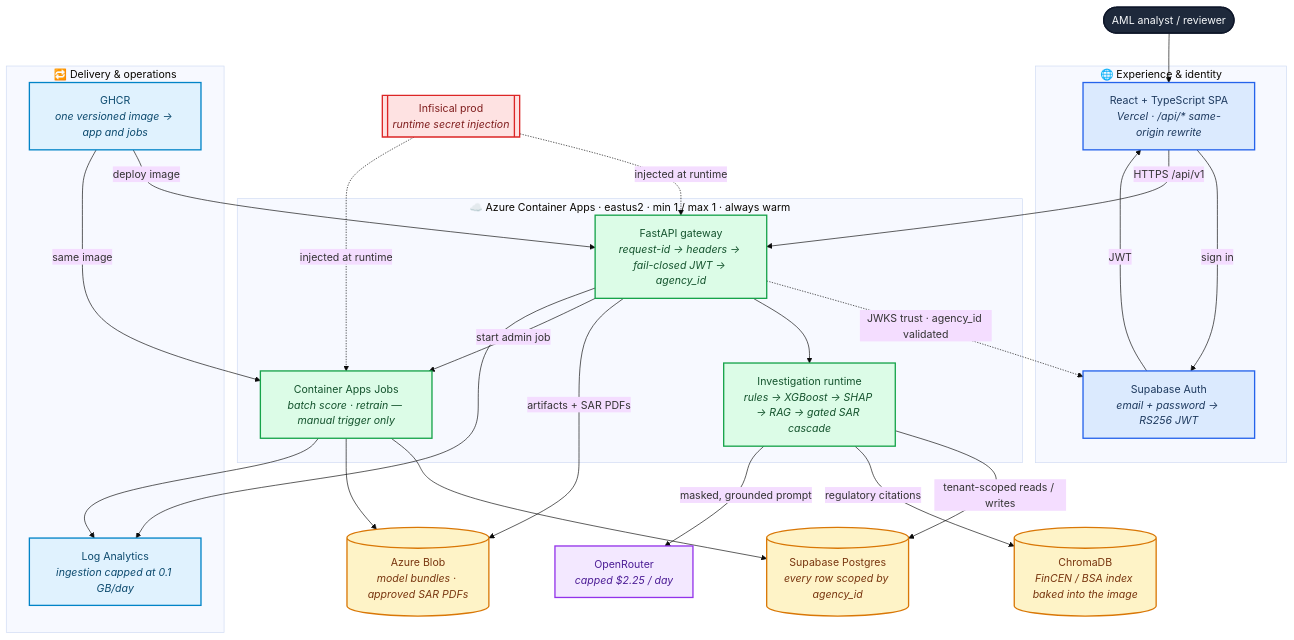
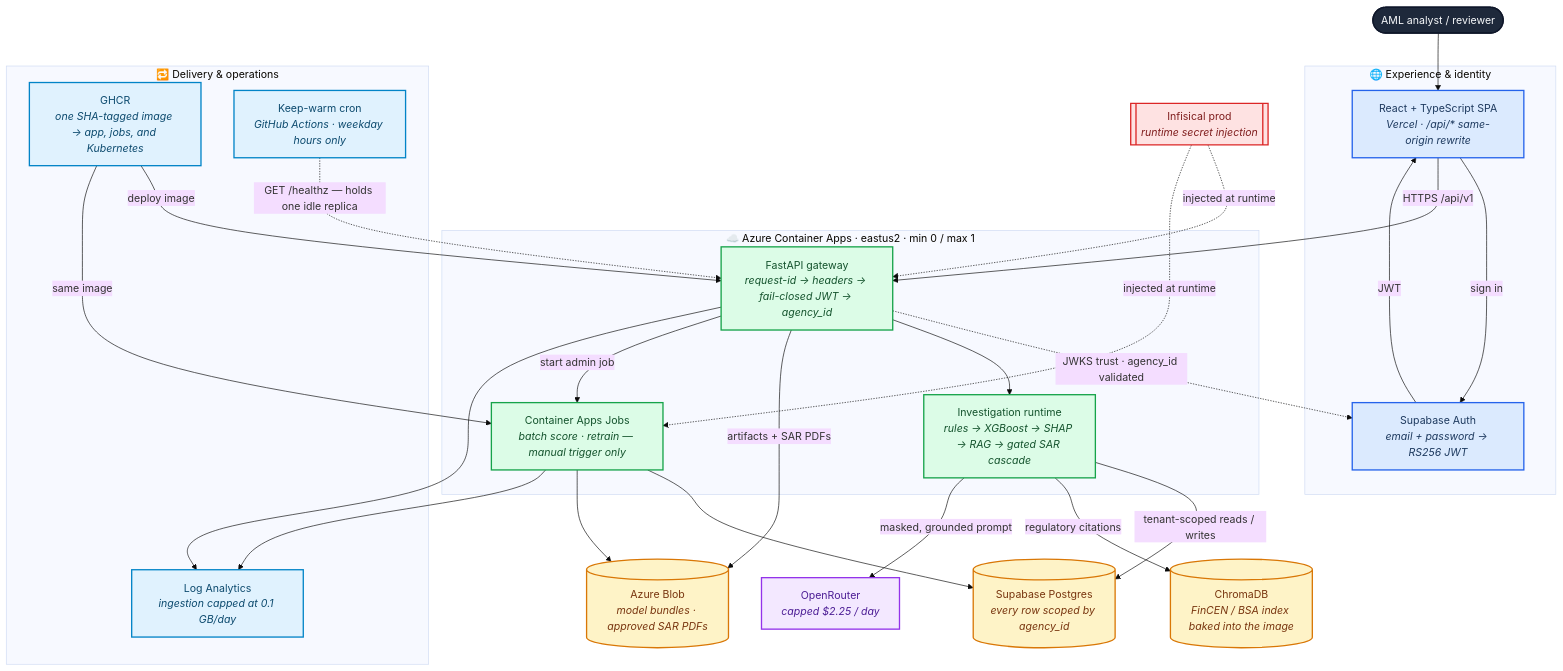
Before and after one commit to Kartik-Hirijaganer/FraudLens: the first of 3 diagrams in README.md, drawn with Mermaid (base theme). The commit also changed other lines of this file, not shown here.

````diff
--- a/README.md
+++ b/README.md
@@ -62,62 +46,64 @@
 ```mermaid
 flowchart TB
     user(["AML analyst / reviewer"])
 
     subgraph edge["🌐 Experience & identity"]
         spa["React + TypeScript SPA<br/><i>Vercel · /api/* same-origin rewrite</i>"]
         auth["Supabase Auth<br/><i>email + password → RS256 JWT</i>"]
     end
 
-    subgraph azure["☁️ Azure Container Apps · eastus2 · min 1 / max 1 · always warm"]
+    subgraph azure["☁️ Azure Container Apps · eastus2 · min 0 / max 1"]
         gw["FastAPI gateway<br/><i>request-id → headers → fail-closed JWT → agency_id</i>"]
         pipe["Investigation runtime<br/><i>rules → XGBoost → SHAP → RAG → gated SAR cascade</i>"]
         jobs["Container Apps Jobs<br/><i>batch score · retrain — manual trigger only</i>"]
     end
 
     subgraph ops["🔁 Delivery & operations"]
-        ghcr["GHCR<br/><i>one versioned image → app and jobs</i>"]
+        ghcr["GHCR<br/><i>one SHA-tagged image → app, jobs, and Kubernetes</i>"]
+        warm["Keep-warm cron<br/><i>GitHub Actions · weekday hours only</i>"]
         logs["Log Analytics<br/><i>ingestion capped at 0.1 GB/day</i>"]
     end
 
     db[("Supabase Postgres<br/><i>every row scoped by agency_id</i>")]
     rag[("ChromaDB<br/><i>FinCEN / BSA index baked into the image</i>")]
     blob[("Azure Blob<br/><i>model bundles · approved SAR PDFs</i>")]
     llm["OpenRouter<br/><i>capped $2.25 / day</i>"]
     vault[["Infisical prod<br/><i>runtime secret injection</i>"]]
 
     user --> spa
     spa -->|"sign in"| auth
     auth -->|"JWT"| spa
     spa -->|"HTTPS /api/v1"| gw
     gw -.->|"JWKS trust · agency_id validated"| auth
     gw --> pipe
     pipe -->|"tenant-scoped reads / writes"| db
     pipe -->|"regulatory citations"| rag
     pipe -->|"masked, grounded prompt"| llm
     gw -->|"artifacts + SAR PDFs"| blob
     gw -->|"start admin job"| jobs
     jobs --> db
     jobs --> blob
     ghcr -->|"deploy image"| gw
     ghcr -->|"same image"| jobs
+    warm -.->|"GET /healthz — holds one idle replica"| gw
     gw --> logs
     jobs --> logs
     vault -.->|"injected at runtime"| gw
     vault -.->|"injected at runtime"| jobs
 
     classDef person fill:#1e293b,stroke:#0f172a,stroke-width:2px,color:#f8fafc
     classDef web    fill:#dbeafe,stroke:#2563eb,stroke-width:2px,color:#1e3a5f
     classDef compute fill:#dcfce7,stroke:#16a34a,stroke-width:2px,color:#14532d
     classDef store  fill:#fef3c7,stroke:#d97706,stroke-width:2px,color:#78350f
     classDef ext    fill:#f3e8ff,stroke:#9333ea,stroke-width:2px,color:#4c1d95
     classDef secret fill:#fee2e2,stroke:#dc2626,stroke-width:2px,color:#7f1d1d
     classDef opsnode fill:#e0f2fe,stroke:#0284c7,stroke-width:2px,color:#0c4a6e
 
     class user person
     class spa,auth web
     class gw,pipe,jobs compute
     class db,rag,blob store
     class llm ext
     class vault secret
-    class ghcr,logs opsnode
+    class ghcr,warm,logs opsnode
 ```
````
